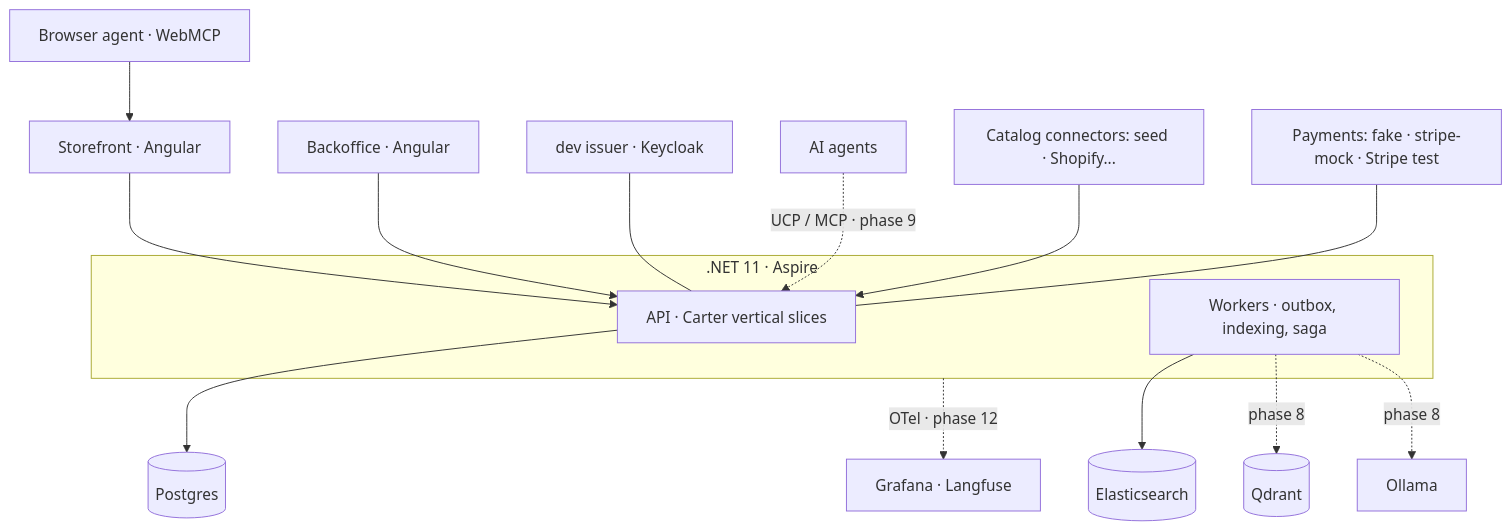
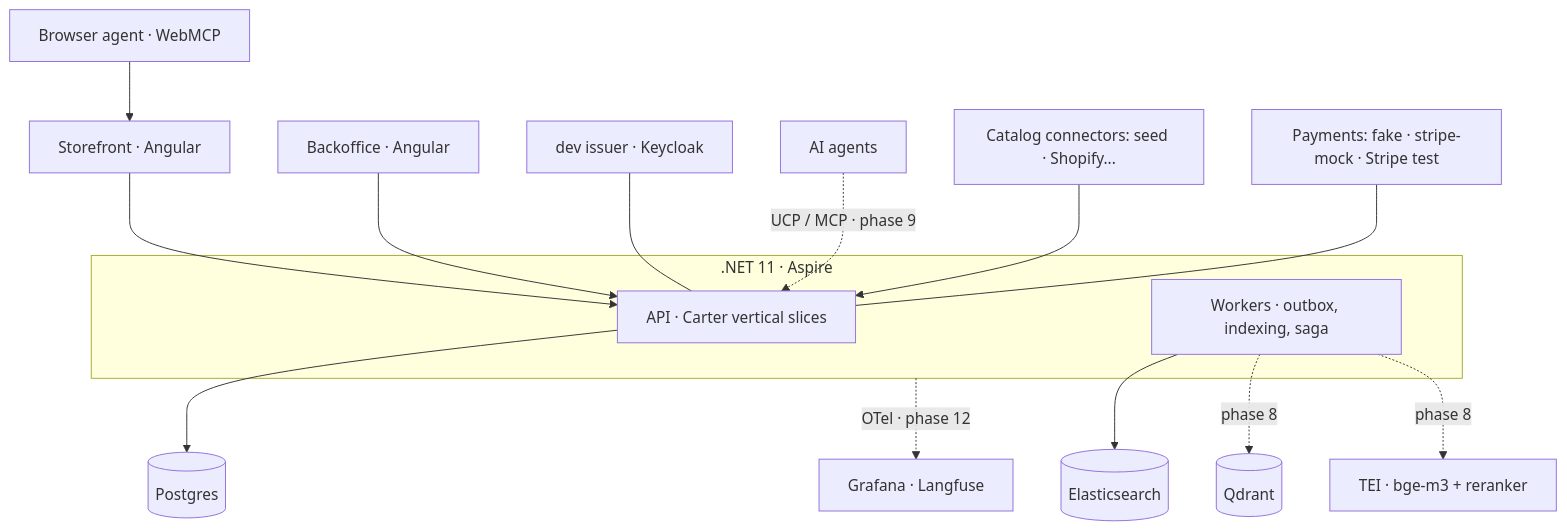
The diagram in README.md (juanluelguerre/tendero), drawn with Mermaid before and after one commit. The commit also changed other lines of this file and 10 other files, not shown here.

````diff
--- a/README.md
+++ b/README.md
@@ -57,19 +58,19 @@
 ```mermaid
 flowchart TB
     WM[Browser agent · WebMCP] --> SF
     SF[Storefront · Angular] --> API
     BO[Backoffice · Angular] --> API
     IDP[dev issuer · Keycloak] --- API
     AG[AI agents] -.->|UCP / MCP · phase 9| API
     subgraph Backend [.NET 11 · Aspire]
         API[API · Carter vertical slices]
         WK[Workers · outbox, indexing, saga]
     end
     API --> PG[(Postgres)]
     WK --> ES[(Elasticsearch)]
     WK -.->|phase 8| QD[(Qdrant)]
-    WK -.->|phase 8| OL[Ollama]
+    WK -.->|phase 8| OL[TEI · bge-m3 + reranker]
     Backend -.->|OTel · phase 12| OBS[Grafana · Langfuse]
     EXT[Catalog connectors: seed · Shopify...] --> API
     PAY[Payments: fake · stripe-mock · Stripe test] --- API
 ```
````
